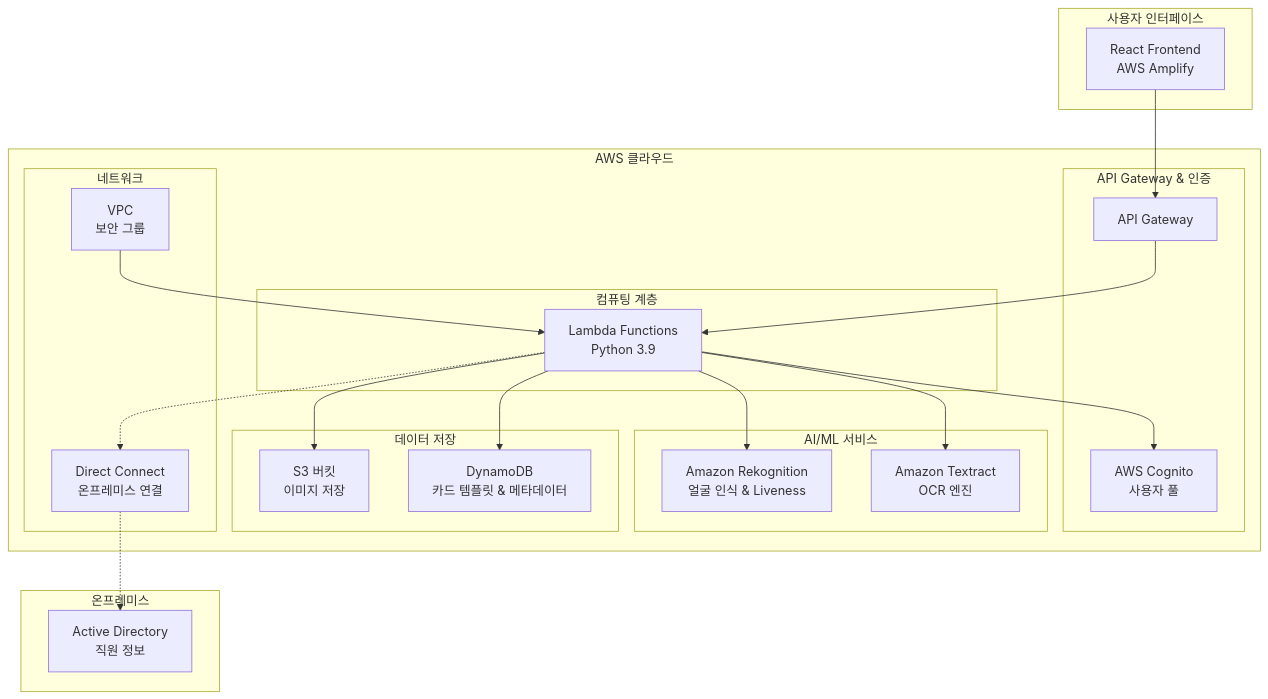
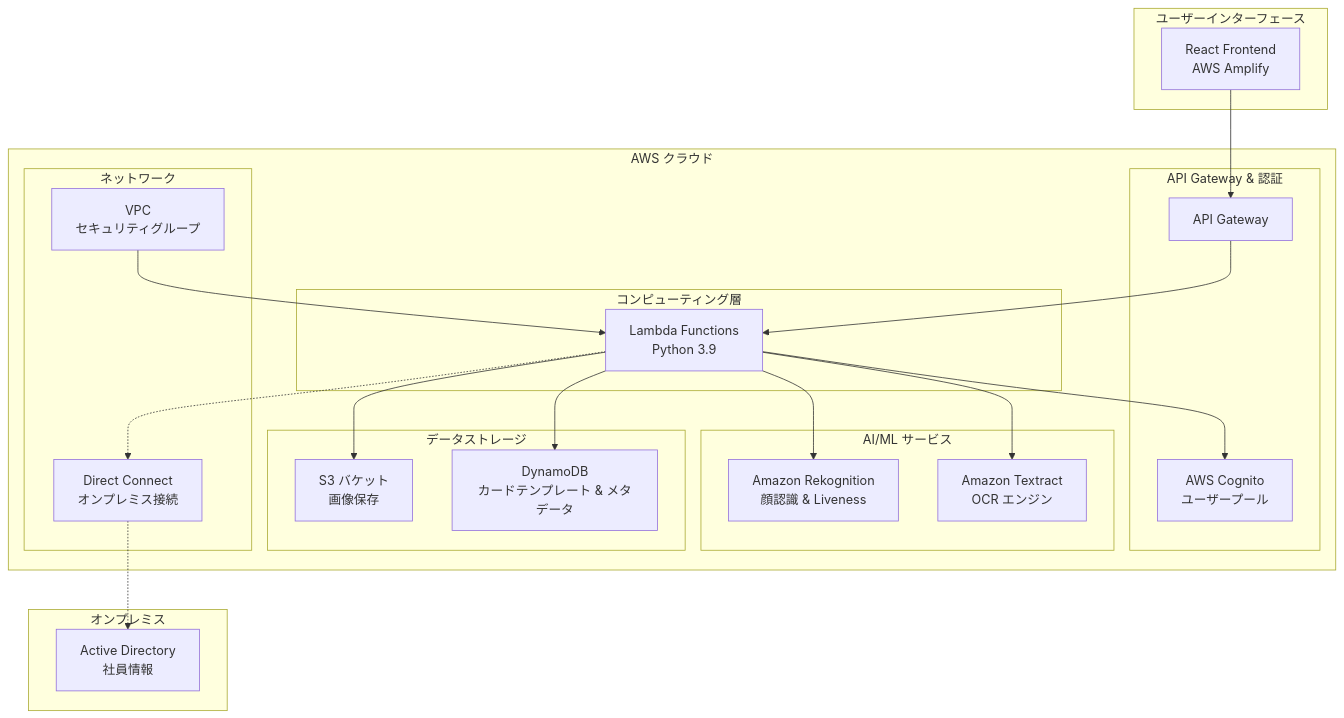
The first of 2 diagrams in .kiro/specs/face-auth/design.md (kang-ppih/face-auth), drawn with Mermaid before and after one commit. The commit also changed other lines of this file and 1 other file, not shown here.

````diff
--- a/.kiro/specs/face-auth/design.md
+++ b/.kiro/specs/face-auth/design.md
@@ -17,48 +17,48 @@
 ```mermaid
 graph TB
-    subgraph "사용자 인터페이스"
+    subgraph "ユーザーインターフェース"
         UI[React Frontend<br/>AWS Amplify]
     end
     
-    subgraph "AWS 클라우드"
-        subgraph "API Gateway & 인증"
+    subgraph "AWS クラウド"
+        subgraph "API Gateway & 認証"
             API[API Gateway]
-            COGNITO[AWS Cognito<br/>사용자 풀]
+            COGNITO[AWS Cognito<br/>ユーザープール]
         end
         
-        subgraph "컴퓨팅 계층"
+        subgraph "コンピューティング層"
             LAMBDA[Lambda Functions<br/>Python 3.9]
         end
         
-        subgraph "AI/ML 서비스"
-            REKOGNITION[Amazon Rekognition<br/>얼굴 인식 & Liveness]
-            TEXTRACT[Amazon Textract<br/>OCR 엔진]
+        subgraph "AI/ML サービス"
+            REKOGNITION[Amazon Rekognition<br/>顔認識 & Liveness]
+            TEXTRACT[Amazon Textract<br/>OCR エンジン]
         end
         
-        subgraph "데이터 저장"
-            S3[S3 버킷<br/>이미지 저장]
-            DYNAMO[DynamoDB<br/>카드 템플릿 & 메타데이터]
+        subgraph "データストレージ"
+            S3[S3 バケット<br/>画像保存]
+            DYNAMO[DynamoDB<br/>カードテンプレート & メタデータ]
         end
         
-        subgraph "네트워크"
-            VPC[VPC<br/>보안 그룹]
-            DX[Direct Connect<br/>온프레미스 연결]
+        subgraph "ネットワーク"
+            VPC[VPC<br/>セキュリティグループ]
+            DX[Direct Connect<br/>オンプレミス接続]
         end
     end
     
-    subgraph "온프레미스"
-        AD[Active Directory<br/>직원 정보]
+    subgraph "オンプレミス"
+        AD[Active Directory<br/>社員情報]
     end
     
     UI --> API
     API --> LAMBDA
     LAMBDA --> REKOGNITION
     LAMBDA --> TEXTRACT
     LAMBDA --> S3
     LAMBDA --> DYNAMO
     LAMBDA --> COGNITO
     LAMBDA -.-> DX
     DX -.-> AD
     
     VPC --> LAMBDA
 ```
````
